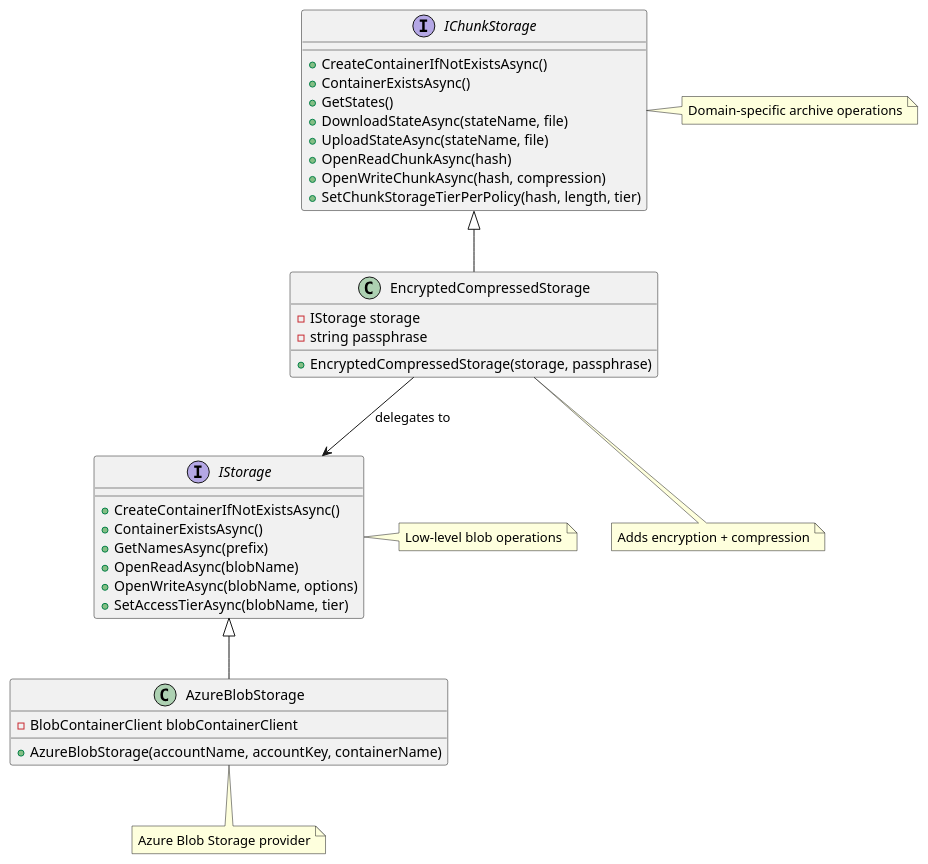
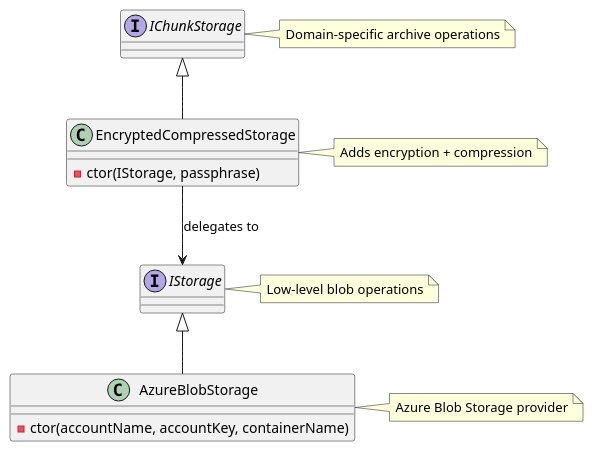
Before and after one commit to woutervanranst/Arius: the diagram in docs/Storage.md, drawn with PlantUML. The commit also changed other lines of this file, not shown here.

Commit message:
feat: update storage doc

````diff
--- a/docs/Storage.md
+++ b/docs/Storage.md
@@ -25,43 +17,26 @@
 ```plantuml
 @startuml
 interface IStorage {
-    +CreateContainerIfNotExistsAsync()
-    +ContainerExistsAsync()
-    +GetNamesAsync(prefix)
-    +OpenReadAsync(blobName)
-    +OpenWriteAsync(blobName, options)
-    +SetAccessTierAsync(blobName, tier)
 }
 
 interface IChunkStorage {
-    +CreateContainerIfNotExistsAsync()
-    +ContainerExistsAsync()
-    +GetStates()
-    +DownloadStateAsync(stateName, file)
-    +UploadStateAsync(stateName, file)
-    +OpenReadChunkAsync(hash)
-    +OpenWriteChunkAsync(hash, compression)
-    +SetChunkStorageTierPerPolicy(hash, length, tier)
 }
 
 class AzureBlobStorage {
-    -BlobContainerClient blobContainerClient
-    +AzureBlobStorage(accountName, accountKey, containerName)
+    -ctor(accountName, accountKey, containerName)
 }
 
 class EncryptedCompressedStorage {
-    -IStorage storage
-    -string passphrase
-    +EncryptedCompressedStorage(storage, passphrase)
+    -ctor(IStorage, passphrase)
 }
 
 IStorage <|-- AzureBlobStorage
 IChunkStorage <|-- EncryptedCompressedStorage
 EncryptedCompressedStorage --> IStorage : delegates to
 
 note right of IStorage : Low-level blob operations
 note right of IChunkStorage : Domain-specific archive operations
-note bottom of AzureBlobStorage : Azure Blob Storage provider
-note bottom of EncryptedCompressedStorage : Adds encryption + compression
+note right of AzureBlobStorage : Azure Blob Storage provider
+note right of EncryptedCompressedStorage : Adds encryption + compression
 @enduml
 ```
````
